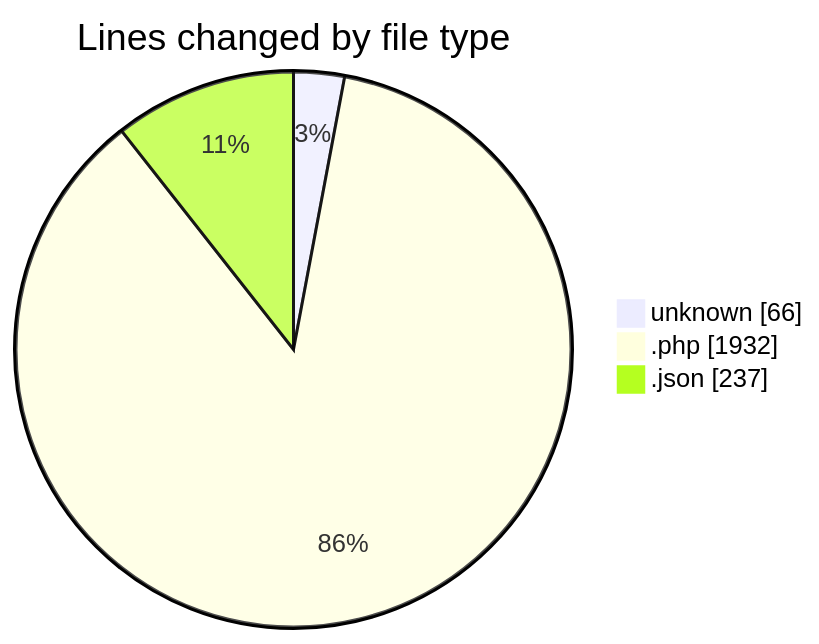
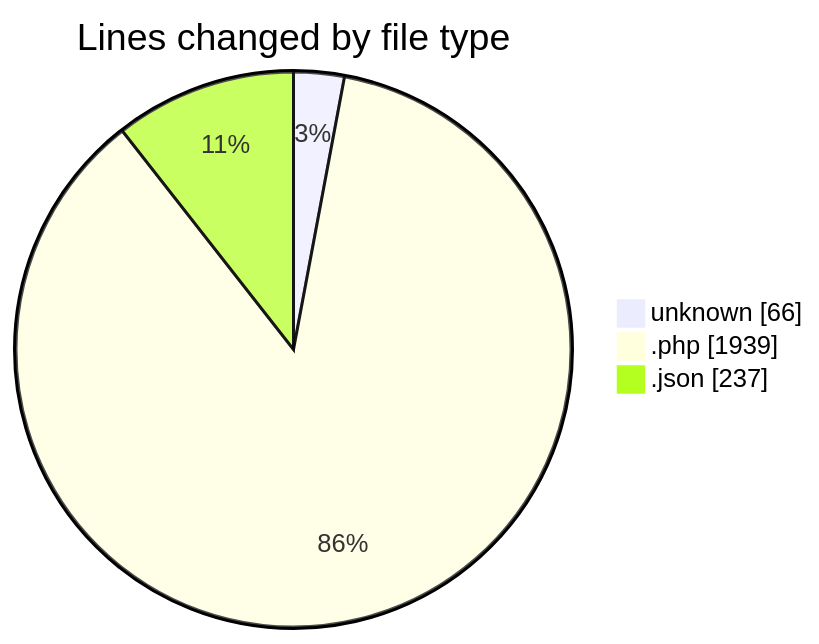
Before and after one commit to idhammustaqopulfikri/code-tracking: the first of 2 diagrams in 2025-05-15/bookingpodcas/README.md, drawn with Mermaid. The commit also changed other lines of this file and 1 other file, not shown here.

````diff
--- a/2025-05-15/bookingpodcas/README.md
+++ b/2025-05-15/bookingpodcas/README.md
@@ -26,7 +26,7 @@
 ```mermaid
 pie showData
 title Lines changed by file type
 "unknown" : 66
-".php" : 1932
+".php" : 1939
 ".json" : 237
 ```
````
